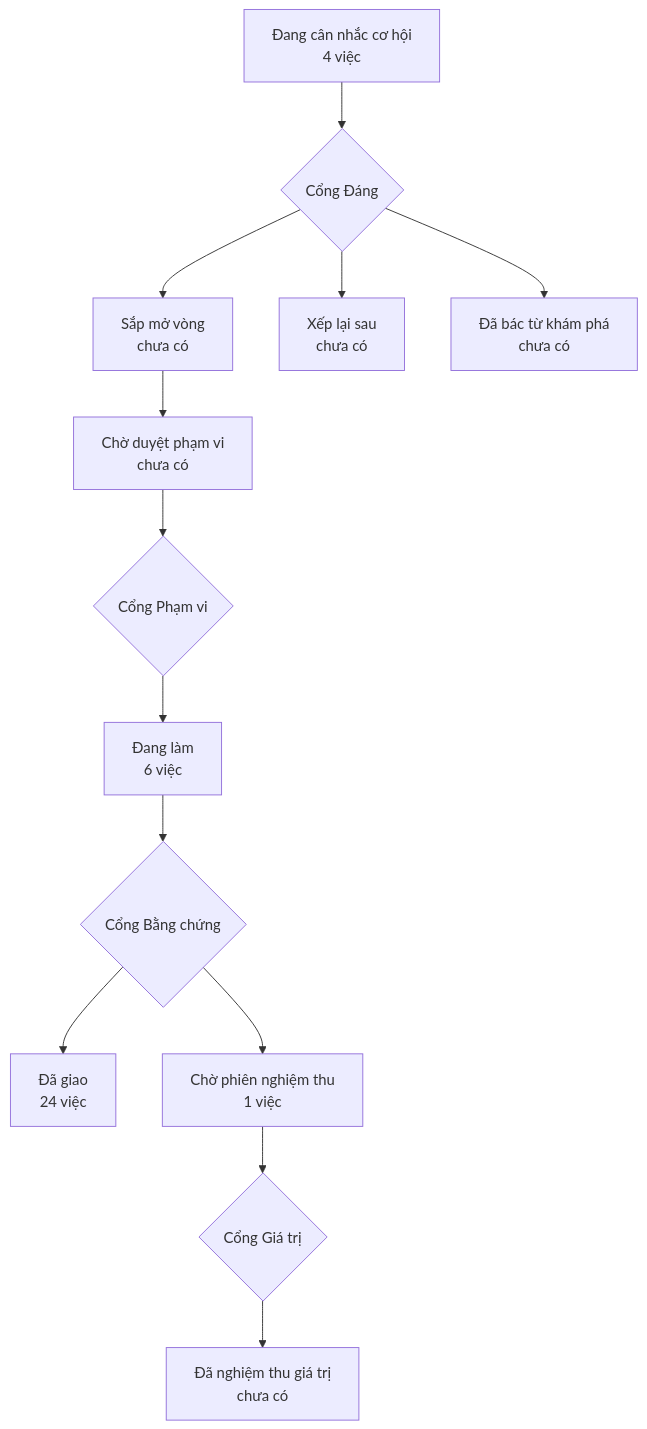
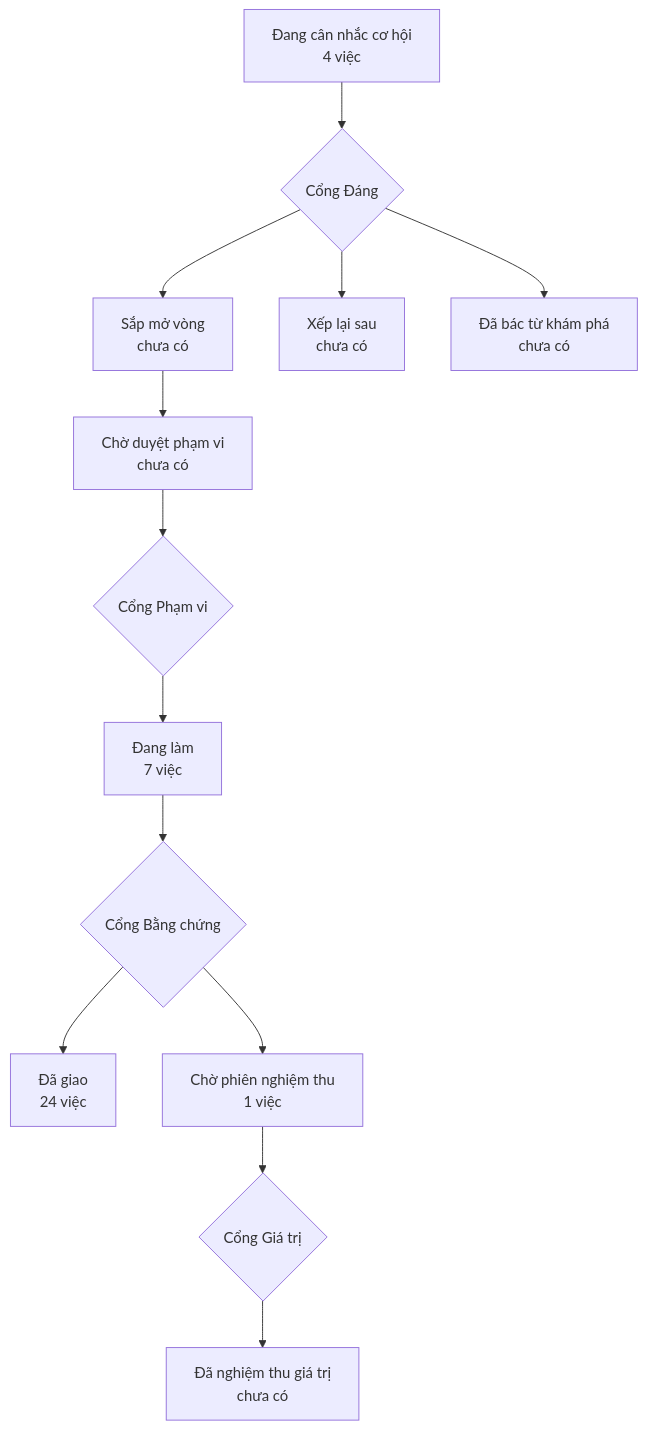
One commit to phanlemanh/crm-onehub changed the diagram in PRODUCT-MAP.md. Above: the diagram before and after it, drawn with Mermaid. The commit also changed other lines of this file and 2 other files, not shown here.

Commit message:
docs(acceptance): Cổng Phạm vi — tran-uy-thac-chiu-chay-lai duyệt bởi Manh Phan
Duyệt lại sau khi thu phạm vi: hai khuôn trước bị chính runtime của eve bác,
nên vòng giao phần bộ đo bắt được hook chết cùng phần siết kiểu, và ghim ca
chạy-lại thành giới hạn đã khai kèm bằng chứng vì sao nó không vá được ở lớp
actions.requested.

Lint độ phủ sạch sau khi sửa một cảnh báo W6 — hợp đồng dùng "lần chạy",
từ mà CONTEXT.md xếp vào _Avoid_ của "Lượt chạy".

````diff
--- a/PRODUCT-MAP.md
+++ b/PRODUCT-MAP.md
@@ -6,12 +6,12 @@
 ```mermaid
 flowchart TD
   A["Đang cân nhắc cơ hội<br/>4 việc"] --> GD{"Cổng Đáng"}
   GD --> B["Sắp mở vòng<br/>chưa có"]
   GD --> XL["Xếp lại sau<br/>chưa có"]
   GD --> DB["Đã bác từ khám phá<br/>chưa có"]
   B --> CD["Chờ duyệt phạm vi<br/>chưa có"] --> GP{"Cổng Phạm vi"}
-  GP --> DL["Đang làm<br/>6 việc"] --> GB{"Cổng Bằng chứng"}
+  GP --> DL["Đang làm<br/>7 việc"] --> GB{"Cổng Bằng chứng"}
   GB --> DG["Đã giao<br/>24 việc"]
   GB --> CN["Chờ phiên nghiệm thu<br/>1 việc"] --> GG{"Cổng Giá trị"}
   GG --> NT["Đã nghiệm thu giá trị<br/>chưa có"]
 ```
````
